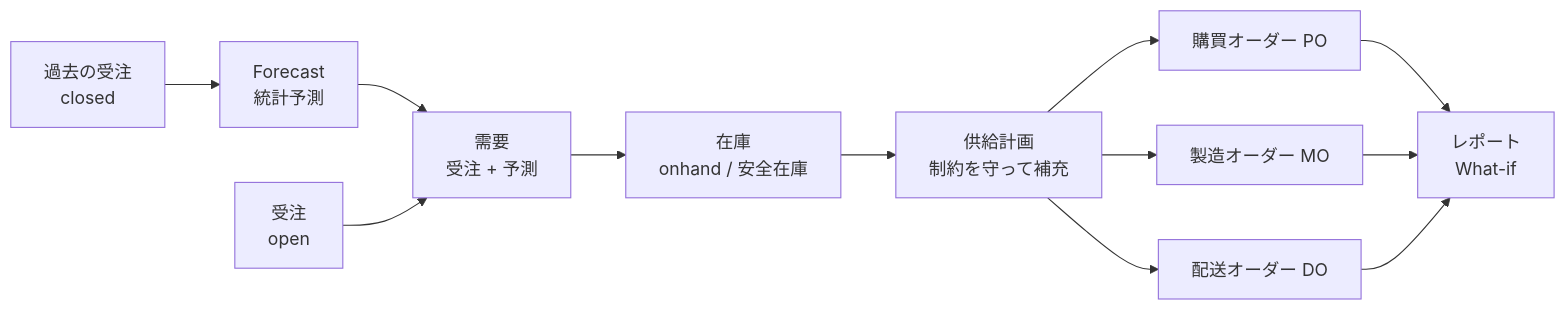
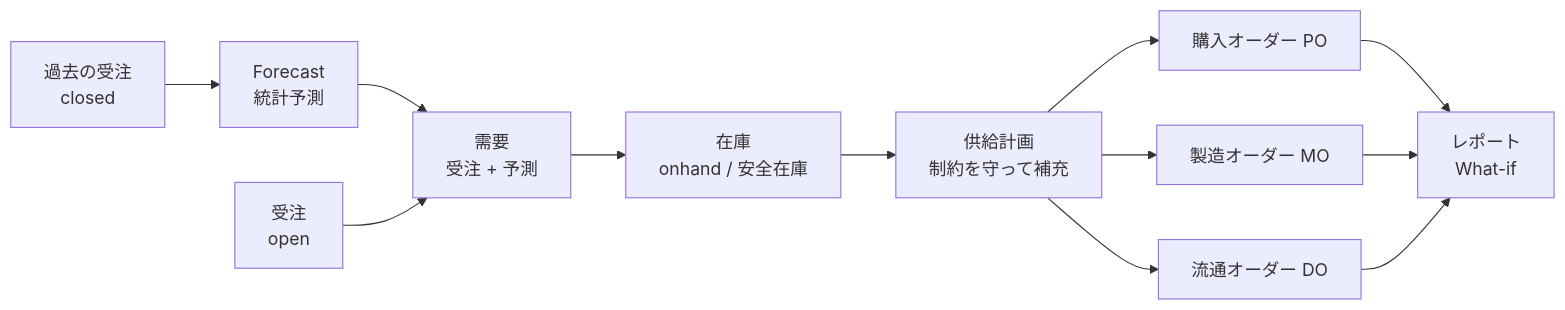
Before and after one commit to rkawajiri/zenn-content: the diagram in books/frepple-tutorial-ja/02-overview.md, drawn with Mermaid. The commit also changed other lines of this file and 14 other files, not shown here.

````diff
--- a/books/frepple-tutorial-ja/02-overview.md
+++ b/books/frepple-tutorial-ja/02-overview.md
@@ -31,14 +31,14 @@
 ```mermaid
 flowchart LR
   H[過去の受注<br>closed] --> F[Forecast<br>統計予測]
   F --> D[需要<br>受注 + 予測]
   O[受注<br>open] --> D
   D --> S[在庫<br>onhand / 安全在庫]
   S --> P[供給計画<br>制約を守って補充]
-  P --> PO[購買オーダー PO]
+  P --> PO[購入オーダー PO]
   P --> MO[製造オーダー MO]
-  P --> DO[配送オーダー DO]
+  P --> DO[流通オーダー DO]
   PO --> R[レポート<br>What-if]
   MO --> R
   DO --> R
 ```
````
